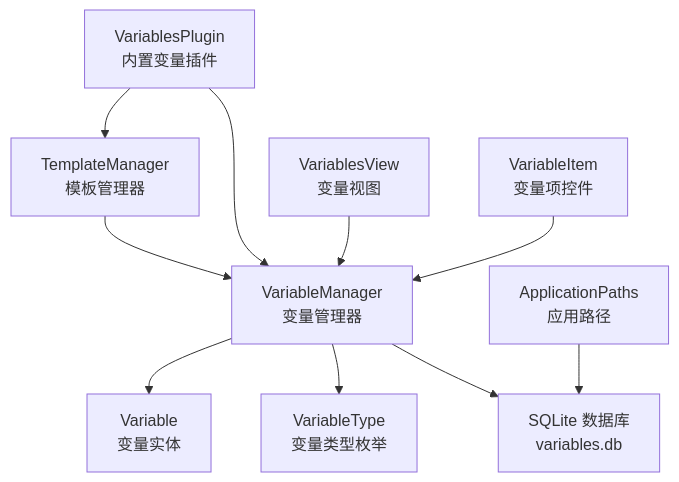
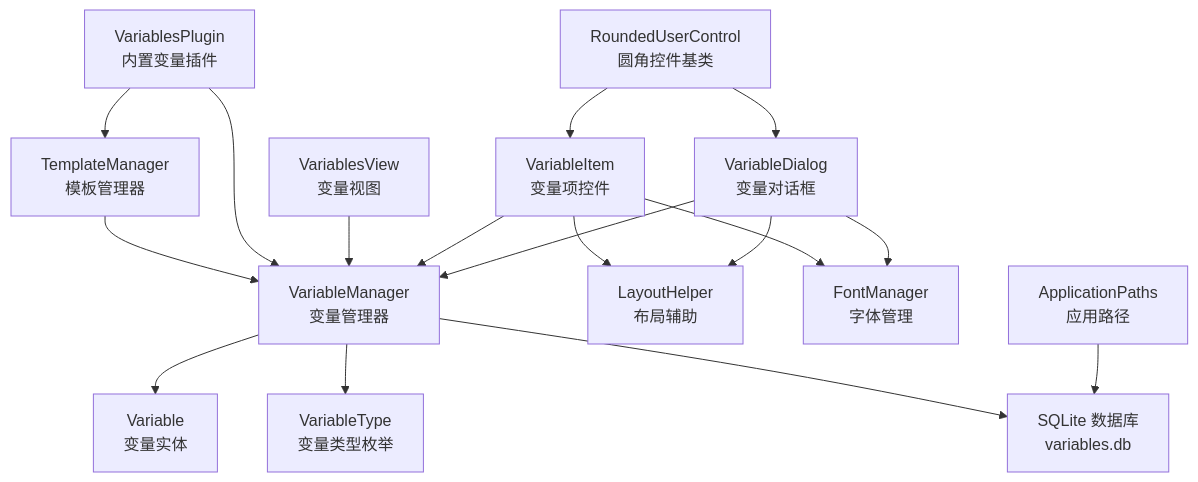
The first of 10 diagrams in .qoder/repowiki/zh/content/变量系统/变量系统.md (tea4go/Macro-Deck), drawn with Mermaid before and after one commit. The commit also changed other lines of this file and 63 other files, not shown here.

````diff
--- a/.qoder/repowiki/zh/content/变量系统/变量系统.md
+++ b/.qoder/repowiki/zh/content/变量系统/变量系统.md
@@ -43,12 +58,19 @@
 ```mermaid
 graph TB
 VM["VariableManager<br/>变量管理器"] --> V["Variable<br/>变量实体"]
 VM --> VT["VariableType<br/>变量类型枚举"]
 VM --> DB["SQLite 数据库<br/>variables.db"]
 TM["TemplateManager<br/>模板管理器"] --> VM
 VP["VariablesPlugin<br/>内置变量插件"] --> VM
 VP --> TM
 VV["VariablesView<br/>变量视图"] --> VM
 VI["VariableItem<br/>变量项控件"] --> VM
+VI --> FH["LayoutHelper<br/>布局辅助"]
+VI --> FM["FontManager<br/>字体管理"]
+VD["VariableDialog<br/>变量对话框"] --> VM
+VD --> FH
+VD --> FM
 AP["ApplicationPaths<br/>应用路径"] --> DB
+RUC["RoundedUserControl<br/>圆角控件基类"] --> VI
+RUC --> VD
 ```
````
